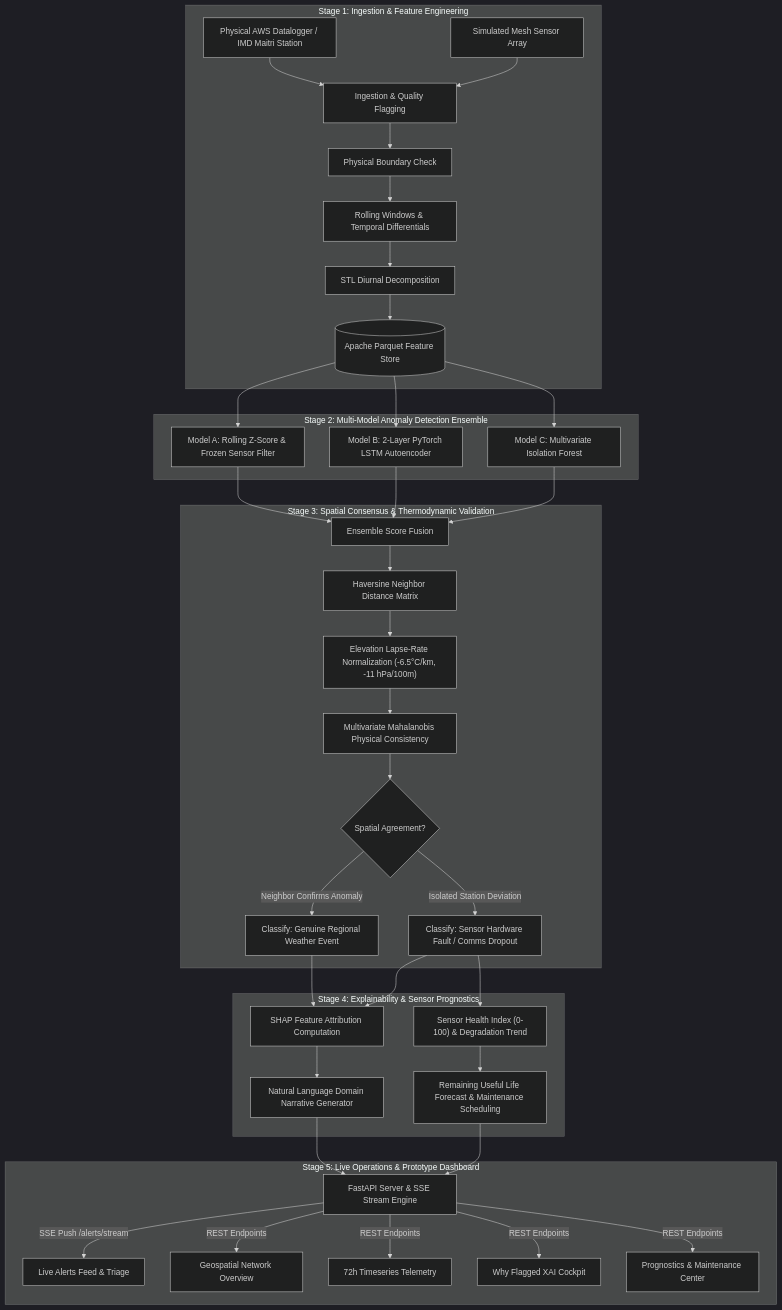
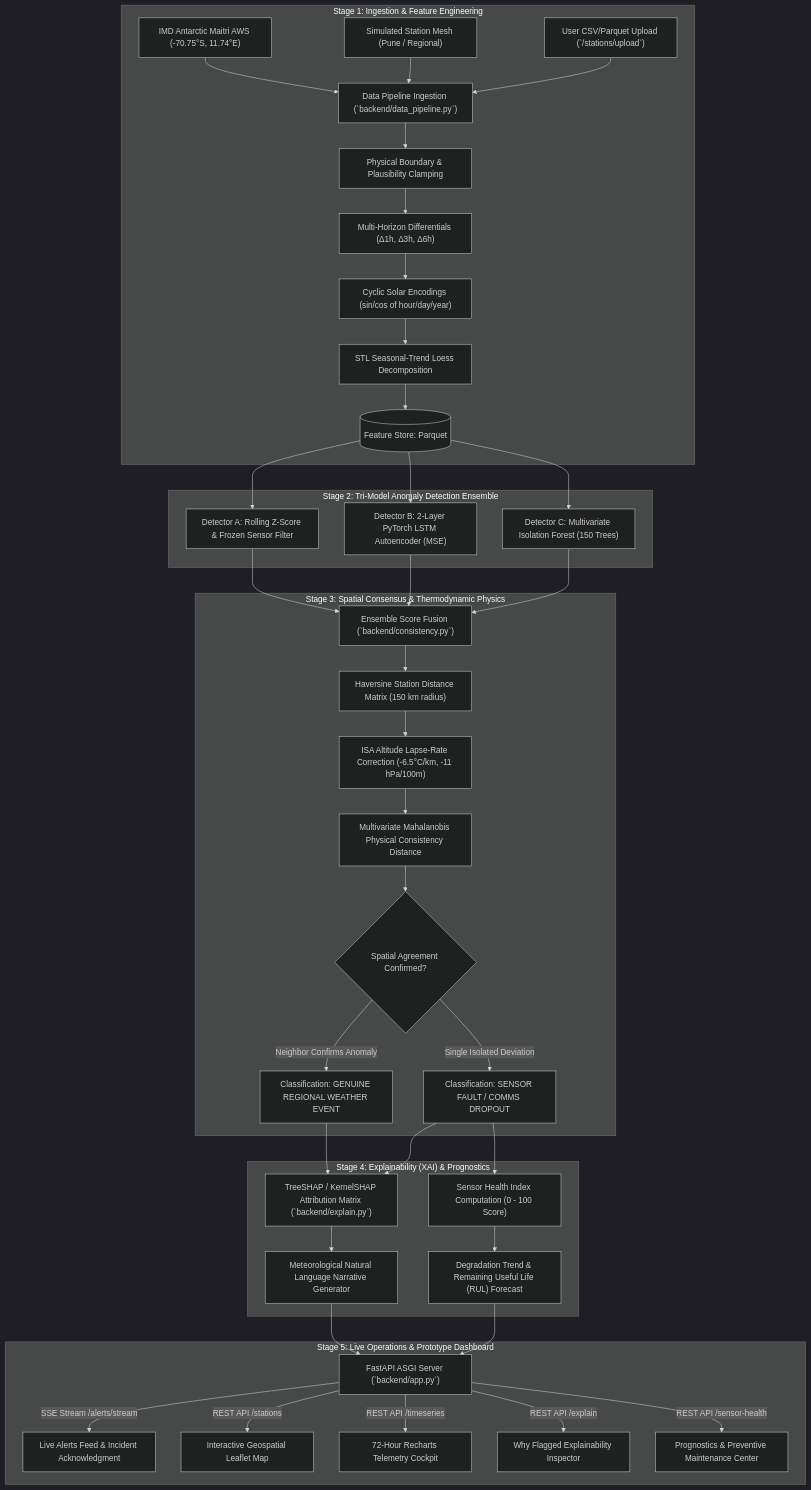
Before and after one commit to patilvedant7177-dotcom/SkyguardAI: the first of 2 diagrams in TECHSTACK.md, drawn with Mermaid (dark theme). The commit also changed other lines of this file and 13 other files, not shown here.

````diff
--- a/TECHSTACK.md
+++ b/TECHSTACK.md
@@ -103,43 +29,45 @@
 ```mermaid
 flowchart TD
-    subgraph S1["Stage 1: Ingestion & Feature Engineering"]
-        A1[Physical AWS Datalogger / IMD Maitri Station] --> B1[Ingestion & Quality Flagging]
-        A2[Simulated Mesh Sensor Array] --> B1
-        B1 --> B2[Physical Boundary Check]
-        B2 --> B3[Rolling Windows & Temporal Differentials]
-        B3 --> B4[STL Diurnal Decomposition]
-        B4 --> B5[(Apache Parquet Feature Store)]
+    subgraph STAGE1["Stage 1: Ingestion & Feature Engineering"]
+        A1["IMD Antarctic Maitri AWS (-70.75°S, 11.74°E)"] --> B1["Data Pipeline Ingestion (`backend/data_pipeline.py`)"]
+        A2["Simulated Station Mesh (Pune / Regional)"] --> B1
+        A3["User CSV/Parquet Upload (`/stations/upload`)"] --> B1
+        B1 --> B2["Physical Boundary & Plausibility Clamping"]
+        B2 --> B3["Multi-Horizon Differentials (Δ1h, Δ3h, Δ6h)"]
+        B3 --> B4["Cyclic Solar Encodings (sin/cos of hour/day/year)"]
+        B4 --> B5["STL Seasonal-Trend Loess Decomposition"]
+        B5 --> B6[("Feature Store: Parquet")]
     end
 
-    subgraph S2["Stage 2: Multi-Model Anomaly Detection Ensemble"]
-        B5 --> M1["Model A: Rolling Z-Score & Frozen Sensor Filter"]
-        B5 --> M2["Model B: 2-Layer PyTorch LSTM Autoencoder"]
-        B5 --> M3["Model C: Multivariate Isolation Forest"]
+    subgraph STAGE2["Stage 2: Tri-Model Anomaly Detection Ensemble"]
+        B6 --> M1["Detector A: Rolling Z-Score & Frozen Sensor Filter"]
+        B6 --> M2["Detector B: 2-Layer PyTorch LSTM Autoencoder (MSE)"]
+        B6 --> M3["Detector C: Multivariate Isolation Forest (150 Trees)"]
     end
 
-    subgraph S3["Stage 3: Spatial Consensus & Thermodynamic Validation"]
-        M1 & M2 & M3 --> C1[Ensemble Score Fusion]
-        C1 --> C2[Haversine Neighbor Distance Matrix]
-        C2 --> C3["Elevation Lapse-Rate Normalization (-6.5°C/km, -11 hPa/100m)"]
-        C3 --> C4[Multivariate Mahalanobis Physical Consistency]
-        C4 --> C5{Spatial Agreement?}
-        C5 -- "Neighbor Confirms Anomaly" --> C6["Classify: Genuine Regional Weather Event"]
-        C5 -- "Isolated Station Deviation" --> C7["Classify: Sensor Hardware Fault / Comms Dropout"]
+    subgraph STAGE3["Stage 3: Spatial Consensus & Thermodynamic Physics"]
+        M1 & M2 & M3 --> C1["Ensemble Score Fusion (`backend/consistency.py`)"]
+        C1 --> C2["Haversine Station Distance Matrix (150 km radius)"]
+        C2 --> C3["ISA Altitude Lapse-Rate Correction (-6.5°C/km, -11 hPa/100m)"]
+        C3 --> C4["Multivariate Mahalanobis Physical Consistency Distance"]
+        C4 --> C5{"Spatial Agreement Confirmed?"}
+        C5 -- "Neighbor Confirms Anomaly" --> C6["Classification: GENUINE REGIONAL WEATHER EVENT"]
+        C5 -- "Single Isolated Deviation" --> C7["Classification: SENSOR FAULT / COMMS DROPOUT"]
     end
 
-    subgraph S4["Stage 4: Explainability & Sensor Prognostics"]
-        C6 & C7 --> E1[SHAP Feature Attribution Computation]
-        E1 --> E2[Natural Language Domain Narrative Generator]
-        C7 --> E3["Sensor Health Index (0-100) & Degradation Trend"]
-        E3 --> E4[Remaining Useful Life Forecast & Maintenance Scheduling]
+    subgraph STAGE4["Stage 4: Explainability (XAI) & Prognostics"]
+        C6 & C7 --> E1["TreeSHAP / KernelSHAP Attribution Matrix (`backend/explain.py`)"]
+        E1 --> E2["Meteorological Natural Language Narrative Generator"]
+        C7 --> E3["Sensor Health Index Computation (0 - 100 Score)"]
+        E3 --> E4["Degradation Trend & Remaining Useful Life (RUL) Forecast"]
     end
 
-    subgraph S5["Stage 5: Live Operations & Prototype Dashboard"]
-        E2 & E4 --> API[FastAPI Server & SSE Stream Engine]
-        API -->|SSE Push /alerts/stream| UI1[Live Alerts Feed & Triage]
-        API -->|REST Endpoints| UI2[Geospatial Network Overview]
-        API -->|REST Endpoints| UI3[72h Timeseries Telemetry]
-        API -->|REST Endpoints| UI4[Why Flagged XAI Cockpit]
-        API -->|REST Endpoints| UI5[Prognostics & Maintenance Center]
+    subgraph STAGE5["Stage 5: Live Operations & Prototype Dashboard"]
+        E2 & E4 --> API["FastAPI ASGI Server (`backend/app.py`)"]
+        API -->|SSE Stream /alerts/stream| UI1["Live Alerts Feed & Incident Acknowledgment"]
+        API -->|REST API /stations| UI2["Interactive Geospatial Leaflet Map"]
+        API -->|REST API /timeseries| UI3["72-Hour Recharts Telemetry Cockpit"]
+        API -->|REST API /explain| UI4["Why Flagged Explainability Inspector"]
+        API -->|REST API /sensor-health| UI5["Prognostics & Preventive Maintenance Center"]
     end
 ```
````
